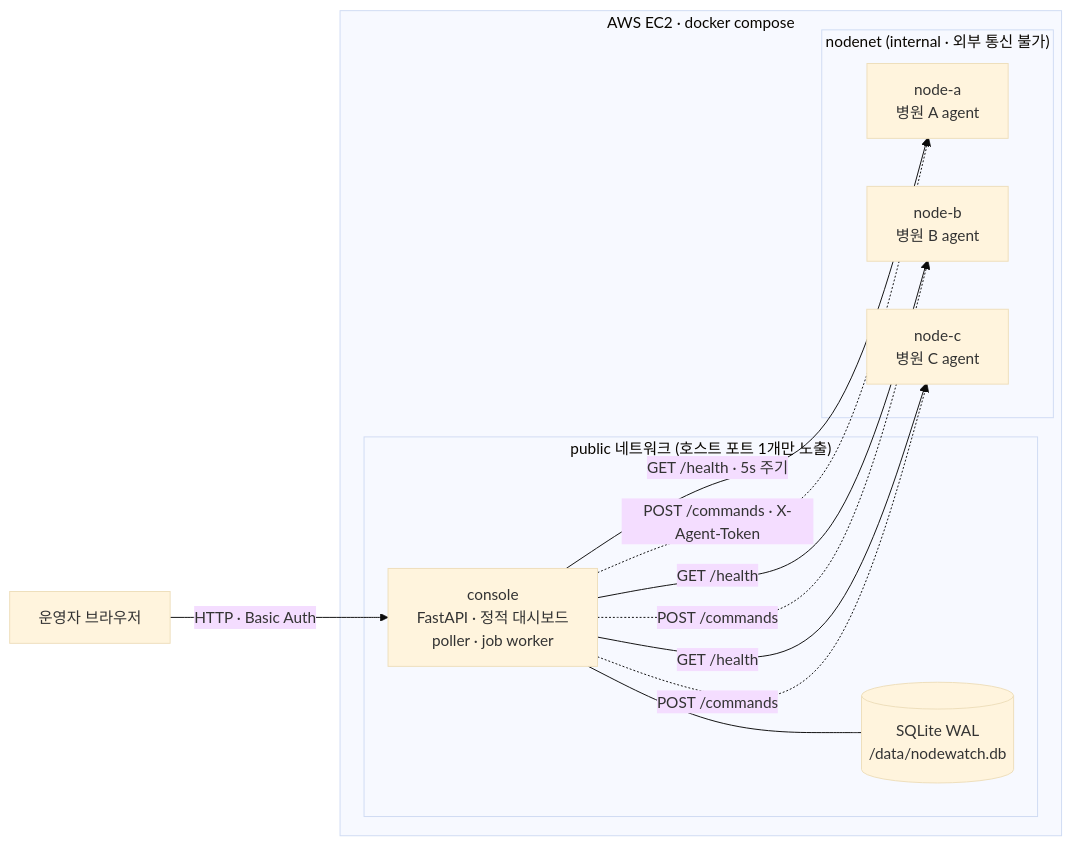
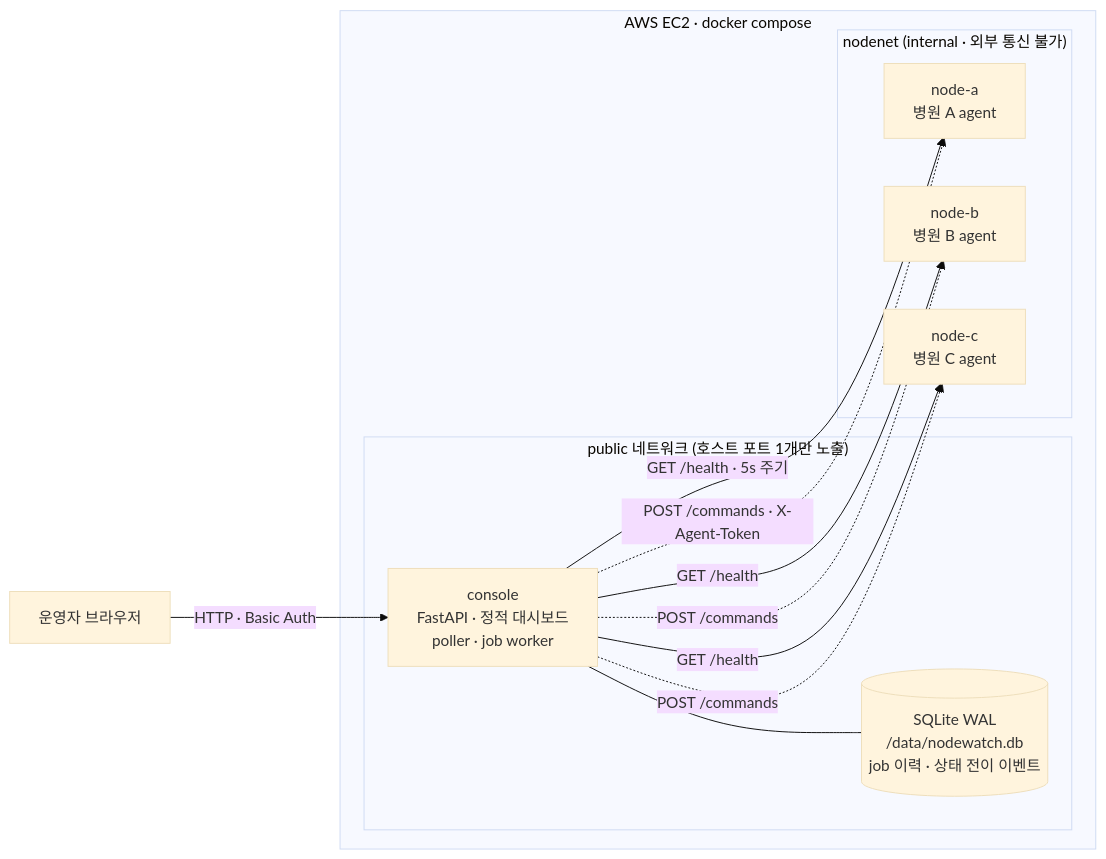
One commit to ttop631-ai/test-vm changed the first of 2 diagrams in README.md. Above: the diagram before and after it, drawn with Mermaid (base theme). The commit also changed other lines of this file and 2 other files, not shown here.

````diff
--- a/README.md
+++ b/README.md
@@ -54,25 +55,25 @@
 ```mermaid
 flowchart LR
     user["운영자 브라우저"]
 
     subgraph ec2["AWS EC2 · docker compose"]
         subgraph pub["public 네트워크 (호스트 포트 1개만 노출)"]
             console["console<br/>FastAPI · 정적 대시보드<br/>poller · job worker"]
-            db[("SQLite WAL<br/>/data/nodewatch.db")]
+            db[("SQLite WAL<br/>/data/nodewatch.db<br/>job 이력 · 상태 전이 이벤트")]
         end
         subgraph closed["nodenet (internal · 외부 통신 불가)"]
             na["node-a<br/>병원 A agent"]
             nb["node-b<br/>병원 B agent"]
             nc["node-c<br/>병원 C agent"]
         end
     end
 
     user -->|"HTTP · Basic Auth"| console
     console -->|"GET /health · 5s 주기"| na
     console -->|"GET /health"| nb
     console -->|"GET /health"| nc
     console -.->|"POST /commands · X-Agent-Token"| na
     console -.->|"POST /commands"| nb
     console -.->|"POST /commands"| nc
     console --- db
 ```
````
